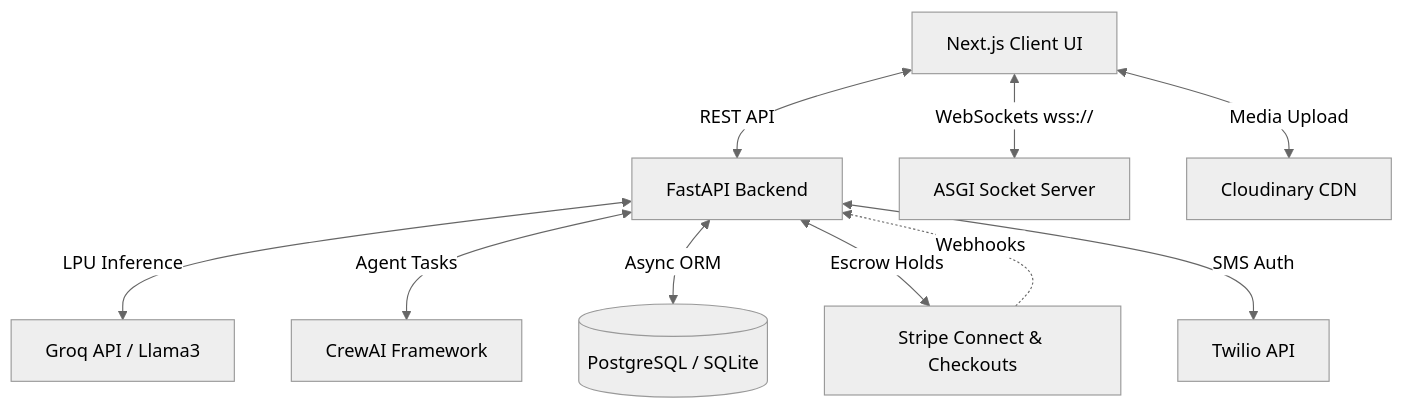
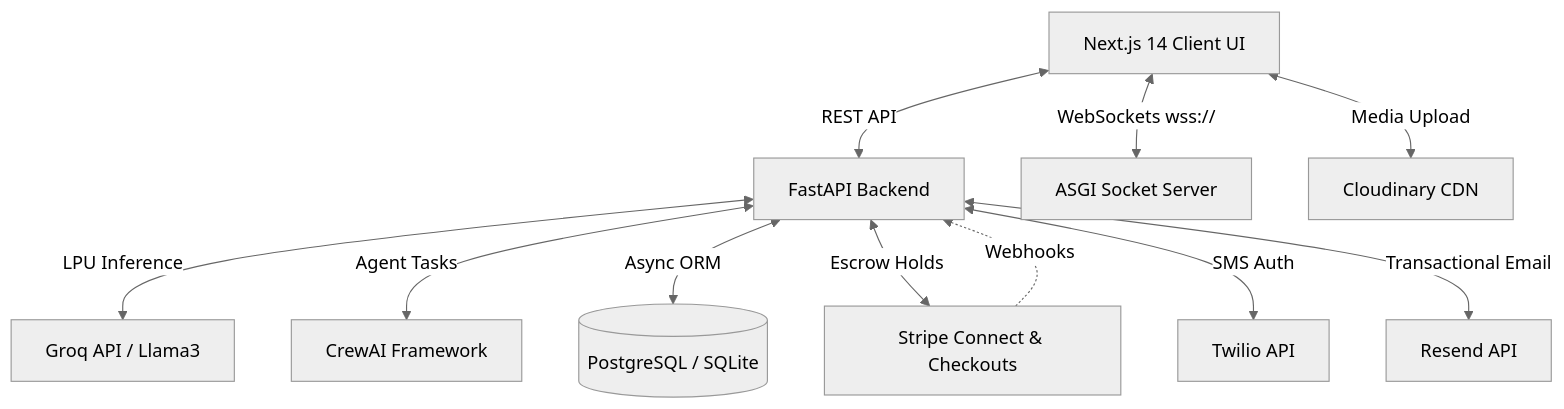
One commit to Ayush-0918/Trustflow-AI changed the diagram in README.md. Above: the diagram before and after it, drawn with Mermaid (neutral theme). The commit also changed other lines of this file and 1 other file, not shown here.

````diff
--- a/README.md
+++ b/README.md
@@ -57,15 +55,16 @@
 ```mermaid
 graph TD
-    Client[Next.js Client UI] <--> |REST API| FastAPI[FastAPI Backend]
+    Client[Next.js 14 Client UI] <--> |REST API| FastAPI[FastAPI Backend]
     Client <--> |WebSockets wss://| SocketIO[ASGI Socket Server]
     
     FastAPI <--> |LPU Inference| Groq[Groq API / Llama3]
     FastAPI <--> |Agent Tasks| CrewAI[CrewAI Framework]
     
     FastAPI <--> |Async ORM| DB[(PostgreSQL / SQLite)]
     FastAPI <--> |Escrow Holds| Stripe[Stripe Connect & Checkouts]
     Stripe -.-> |Webhooks| FastAPI
     
     FastAPI <--> |SMS Auth| Twilio[Twilio API]
+    FastAPI <--> |Transactional Email| Resend[Resend API]
     Client <--> |Media Upload| Cloudinary[Cloudinary CDN]
 ```
````
